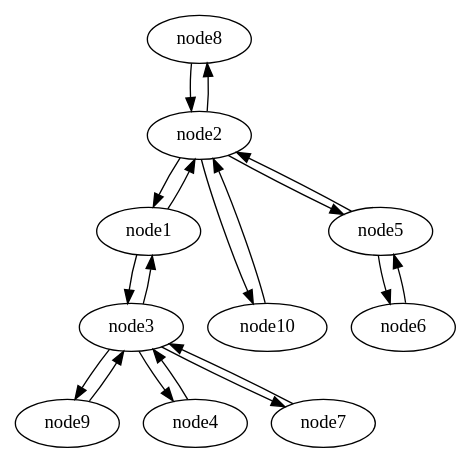
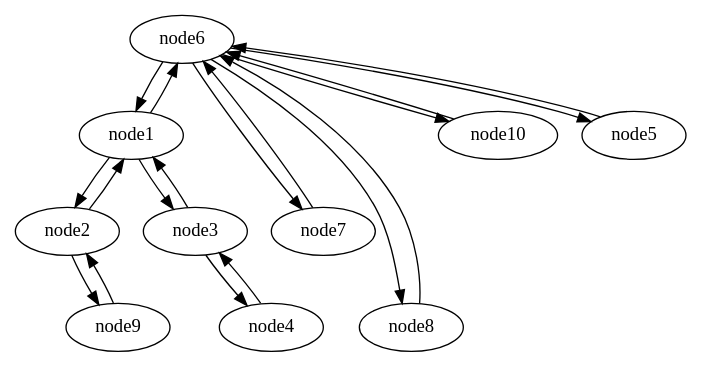
One commit to c12s/plumtree changed the diagram in tree.gv. Above: the diagram before and after it, drawn with Graphviz. The commit also changed 6 other files, not shown here.

```diff
--- a/tree.gv
+++ b/tree.gv
@@ -1,60 +1,60 @@
 strict digraph {
 
 
+	"node6" [  weight=0 ];
+
+	"node6" -> "node1" [  weight=0 ];
+
+	"node6" -> "node7" [  weight=0 ];
+
+	"node6" -> "node8" [  weight=0 ];
+
+	"node6" -> "node10" [  weight=0 ];
+
+	"node6" -> "node5" [  weight=0 ];
+
 	"node8" [  weight=0 ];
 
-	"node8" -> "node2" [  weight=0 ];
+	"node8" -> "node6" [  weight=0 ];
 
 	"node1" [  weight=0 ];
 
 	"node1" -> "node2" [  weight=0 ];
 
 	"node1" -> "node3" [  weight=0 ];
 
-	"node9" [  weight=0 ];
-
-	"node9" -> "node3" [  weight=0 ];
+	"node1" -> "node6" [  weight=0 ];
 
 	"node3" [  weight=0 ];
 
 	"node3" -> "node1" [  weight=0 ];
 
 	"node3" -> "node4" [  weight=0 ];
 
-	"node3" -> "node7" [  weight=0 ];
-
-	"node3" -> "node9" [  weight=0 ];
-
 	"node7" [  weight=0 ];
 
-	"node7" -> "node3" [  weight=0 ];
+	"node7" -> "node6" [  weight=0 ];
+
+	"node9" [  weight=0 ];
+
+	"node9" -> "node2" [  weight=0 ];
 
 	"node10" [  weight=0 ];
 
-	"node10" -> "node2" [  weight=0 ];
+	"node10" -> "node6" [  weight=0 ];
 
 	"node2" [  weight=0 ];
 
-	"node2" -> "node5" [  weight=0 ];
-
-	"node2" -> "node8" [  weight=0 ];
-
-	"node2" -> "node10" [  weight=0 ];
-
 	"node2" -> "node1" [  weight=0 ];
 
-	"node6" [  weight=0 ];
-
-	"node6" -> "node5" [  weight=0 ];
+	"node2" -> "node9" [  weight=0 ];
 
 	"node4" [  weight=0 ];
 
 	"node4" -> "node3" [  weight=0 ];
 
 	"node5" [  weight=0 ];
 
-	"node5" -> "node2" [  weight=0 ];
-
 	"node5" -> "node6" [  weight=0 ];
 
 }
```
